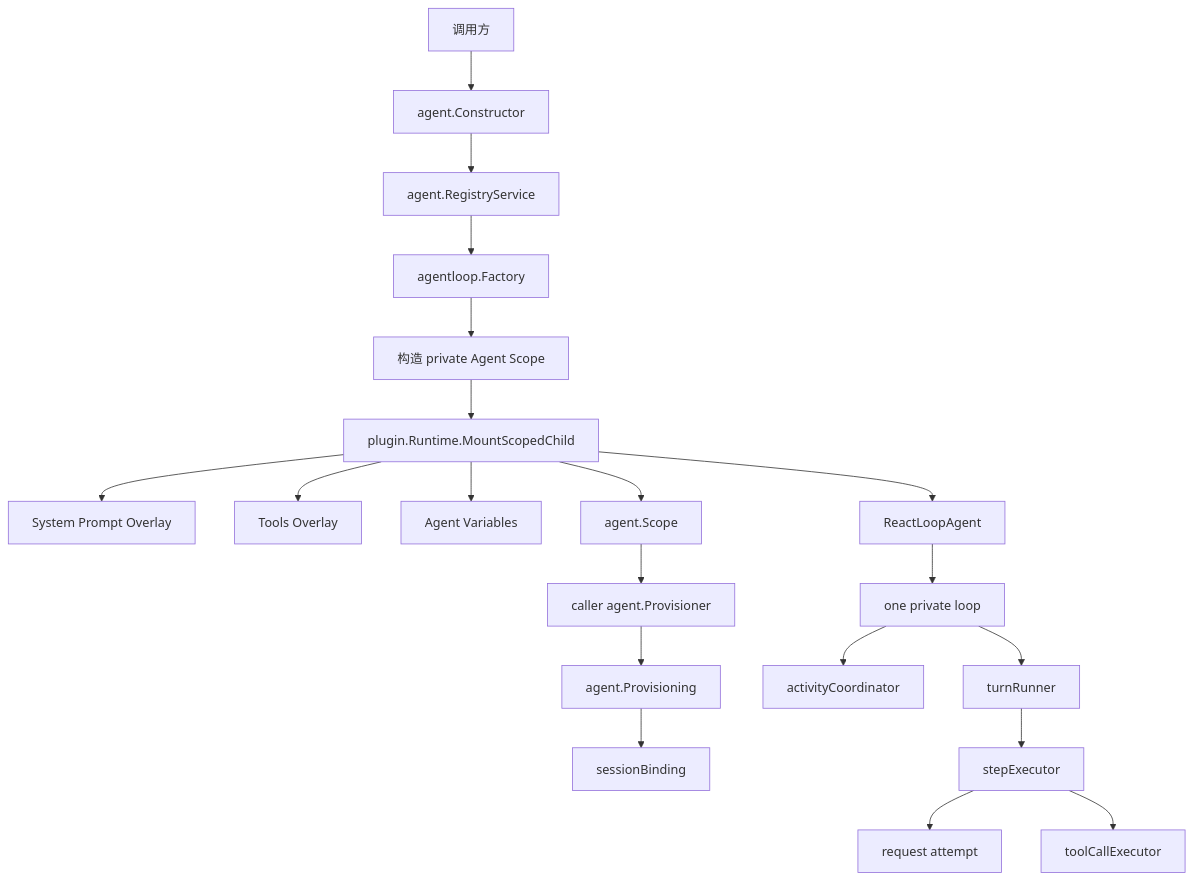
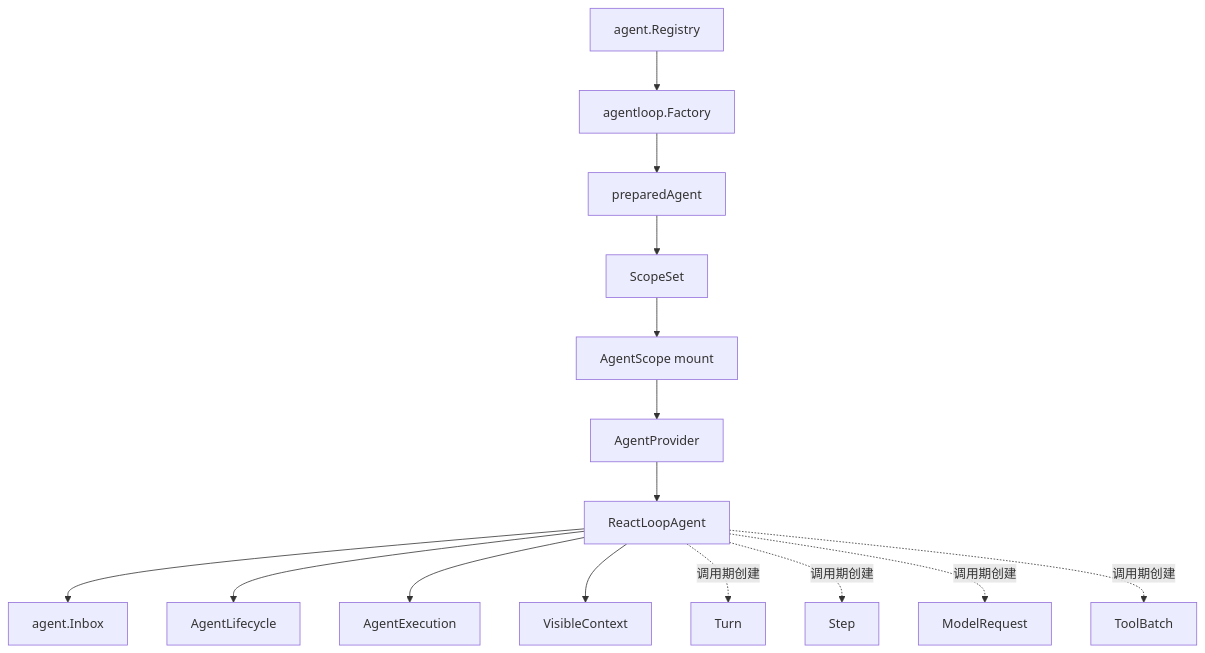
One commit to gorenx/goren changed the first of 3 diagrams in agentloop/README.zh-CN.md. Above: the diagram before and after it, drawn with Mermaid. The commit also changed other lines of this file and 12 other files, not shown here.

````diff
--- a/agentloop/README.zh-CN.md
+++ b/agentloop/README.zh-CN.md
@@ -38,22 +40,17 @@
 ```mermaid
 flowchart TD
-    API[调用方] --> Constructor[agent.Constructor]
-    Constructor --> Registry[agent.RegistryService]
-    Registry --> Factory[agentloop.Factory]
-    Factory --> Build[构造 private Agent Scope]
-    Build --> Runtime[plugin.Runtime.MountScopedChild]
-    Runtime --> Prompt[System Prompt Overlay]
-    Runtime --> Tools[Tools Overlay]
-    Runtime --> Vars[Agent Variables]
-    Runtime --> Agent[ReactLoopAgent]
-    Runtime --> Scope[agent.Scope]
-    Scope --> Provisioner[caller agent.Provisioner]
-    Provisioner --> Provisioning[agent.Provisioning]
-    Provisioning --> SessionBinding[sessionBinding]
-    Agent --> Loop[one private loop]
-    Loop --> Activity[activityCoordinator]
-    Loop --> Turn[turnRunner]
-    Turn --> Step[stepExecutor]
-    Step --> Request[request attempt]
-    Step --> Calls[toolCallExecutor]
+    Registry[agent.Registry] --> Factory[agentloop.Factory]
+    Factory --> Prepared[preparedAgent]
+    Prepared --> Scopes[ScopeSet]
+    Scopes --> Scope[AgentScope mount]
+    Scope --> Provider[AgentProvider]
+    Provider --> RLA[ReactLoopAgent]
+    RLA --> Inbox[agent.Inbox]
+    RLA --> Lifecycle[AgentLifecycle]
+    RLA --> Execution[AgentExecution]
+    RLA --> Visible[VisibleContext]
+    RLA -.调用期创建.-> Turn[Turn]
+    RLA -.调用期创建.-> Step[Step]
+    RLA -.调用期创建.-> Request[ModelRequest]
+    RLA -.调用期创建.-> Batch[ToolBatch]
 ```
````
